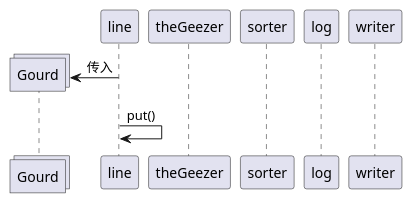
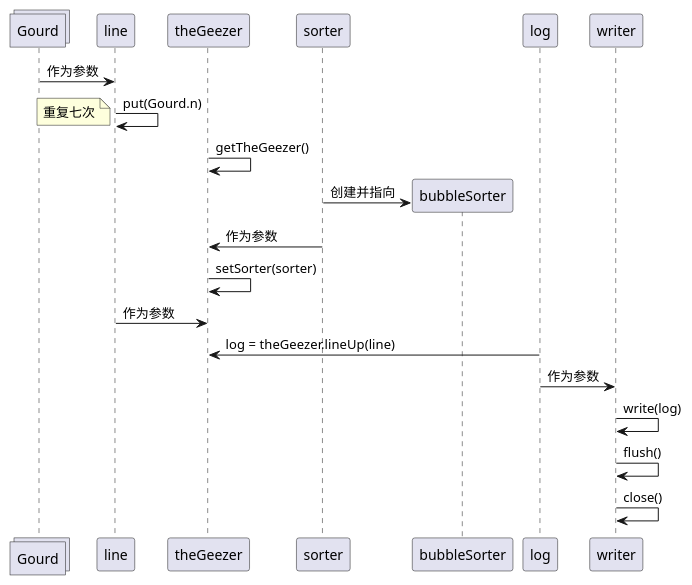
Before and after one commit to jwork-2021-attic/jw02-RudyChan0: the diagram in example/181860011/uml/timeLine.pu, drawn with PlantUML. The commit also changed 1 other file, not shown here.

```diff
--- a/example/181860011/uml/timeLine.pu
+++ b/example/181860011/uml/timeLine.pu
@@ -1,15 +1,32 @@
 @startuml
 
 collections Gourd
 participant line
 participant theGeezer
 participant sorter
+participant bubbleSorter
 participant log
 participant writer
 
-create Gourd
-line -> Gourd: 传入
-line -> line:put()
 
+line <- Gourd: 作为参数
+line -> line:put(Gourd.n)
+note left :重复七次
+
+theGeezer->theGeezer:getTheGeezer()
+
+create bubbleSorter
+sorter->bubbleSorter:创建并指向
+
+sorter->theGeezer:作为参数
+theGeezer->theGeezer:setSorter(sorter)
+
+line->theGeezer:作为参数
+log->theGeezer:log = theGeezer.lineUp(line)
+
+log->writer:作为参数
+writer->writer:write(log)
+writer->writer:flush()
+writer->writer:close()
 
 @enduml
```
